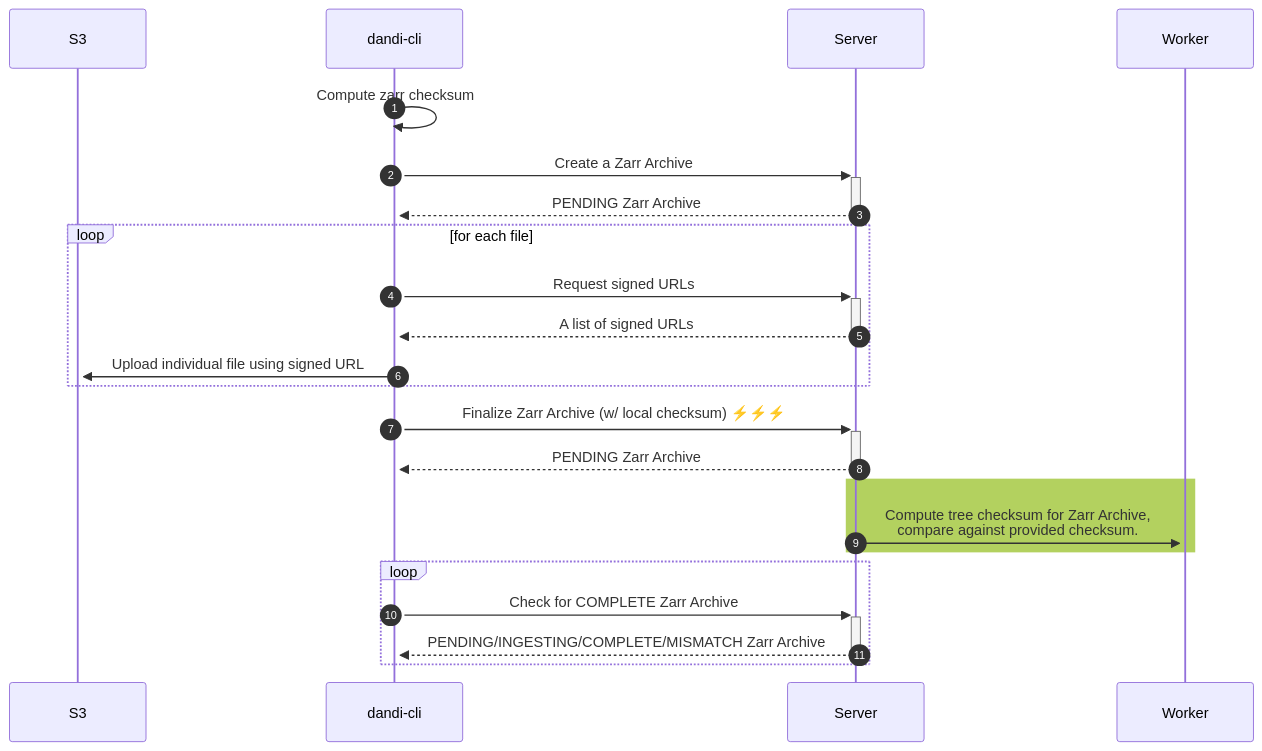
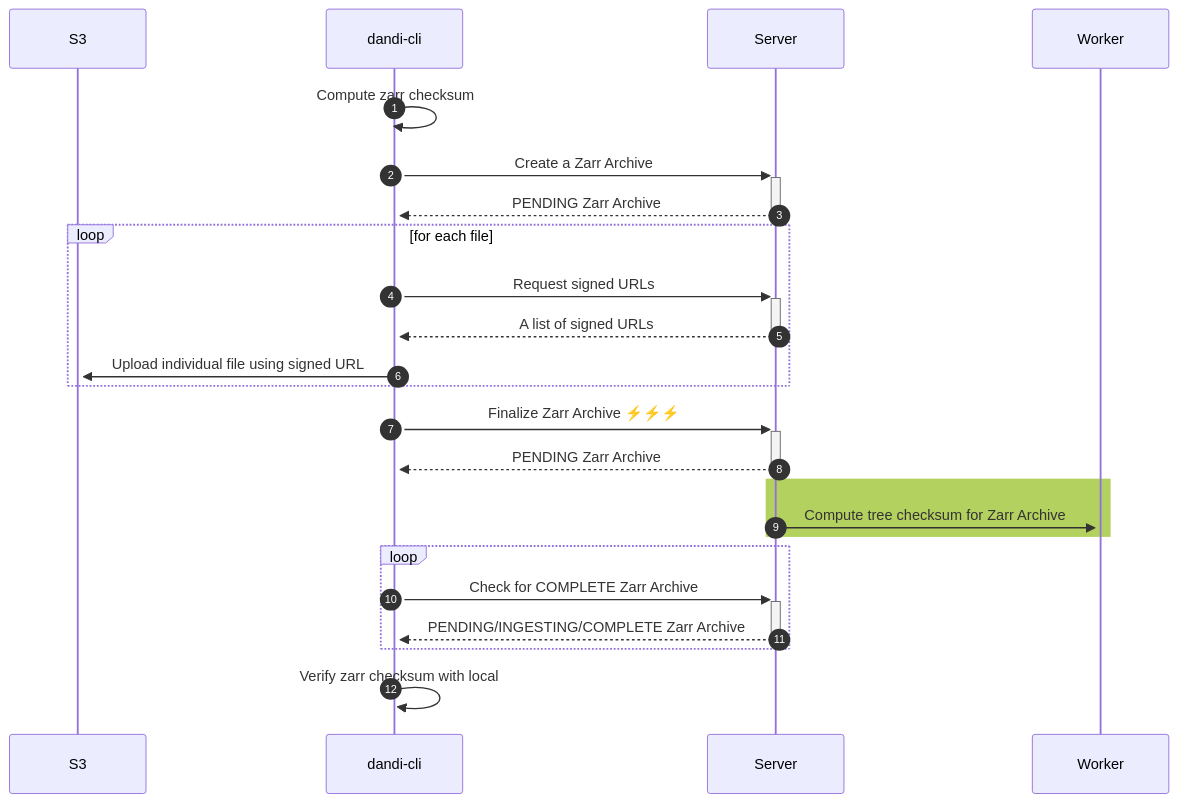
One commit to dandi/dandi-archive changed the second of 2 diagrams in doc/design/zarr-performance-redesign.md. Above: the diagram before and after it, drawn with Mermaid. The commit also changed other lines of this file, not shown here.

Commit message:
Simplify zarr upload process design

````diff
--- a/doc/design/zarr-performance-redesign.md
+++ b/doc/design/zarr-performance-redesign.md
@@ -88,32 +88,34 @@
 ```mermaid
 sequenceDiagram
     autonumber
 
     participant S3
     participant Client as dandi-cli
     participant Server
     participant Worker
 
     Client->>+Client: Compute zarr checksum
 
     Client->>+Server: Create a Zarr Archive
     Server-->>-Client: PENDING Zarr Archive
 
     loop for each file
         Client->>+Server: Request signed URLs
         Server-->>-Client: A list of signed URLs
         Client->>+S3: Upload individual file using signed URL
     end
 
-    Client->>+Server: Finalize Zarr Archive (w/ local checksum) ⚡⚡⚡
+    Client->>+Server: Finalize Zarr Archive ⚡⚡⚡
     Server-->>-Client: PENDING Zarr Archive
 
     rect rgb(179, 209, 95)
-        Server->>+Worker: Compute tree checksum for Zarr Archive, <br/> compare against provided checksum.
+        Server->>+Worker: Compute tree checksum for Zarr Archive
     end
 
     loop
         Client->>+Server: Check for COMPLETE Zarr Archive
-        Server-->>-Client: PENDING/INGESTING/COMPLETE/MISMATCH Zarr Archive
+        Server-->>-Client: PENDING/INGESTING/COMPLETE Zarr Archive
     end
+
+    Client->>+Client: Verify zarr checksum with local
 ```
````
